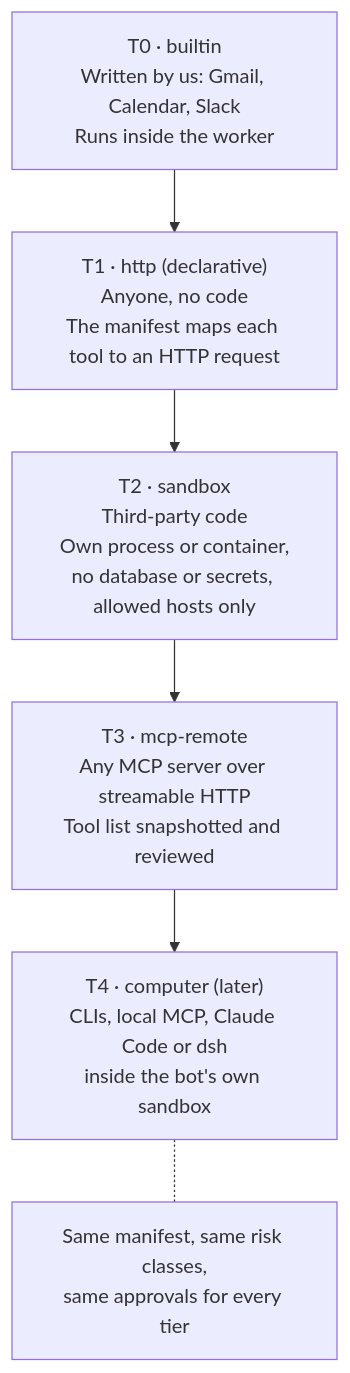
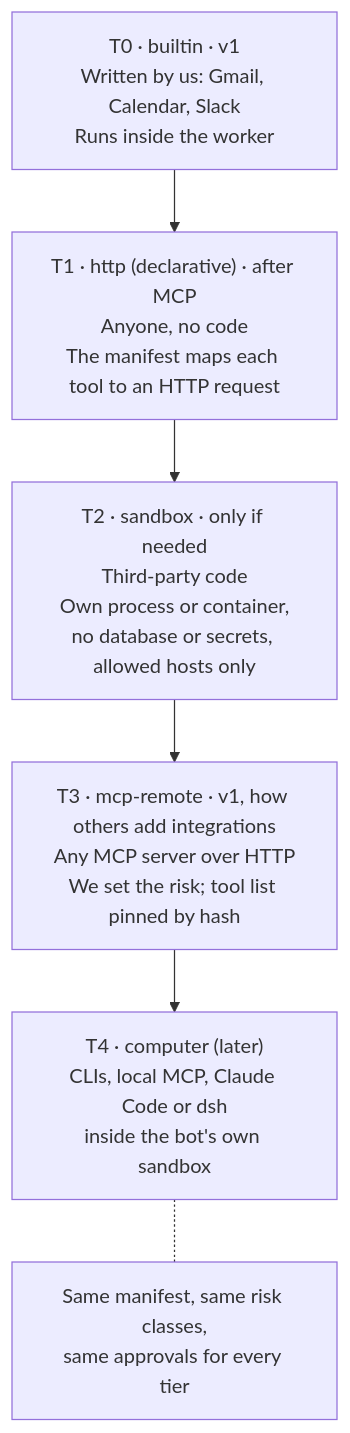
Before and after one commit to alihassan-coder/botdesk: the diagram in docs/architecture/diagrams/09-plugin-tiers.mmd, drawn with Mermaid. The commit also changed 26 other files, not shown here.

Commit message:
docs: architecture review, scaling design and open-source repo structure

```diff
--- a/docs/architecture/diagrams/09-plugin-tiers.mmd
+++ b/docs/architecture/diagrams/09-plugin-tiers.mmd
@@ -1,9 +1,9 @@
 flowchart TB
-  T0["T0 · builtin<br/>Written by us: Gmail, Calendar, Slack<br/>Runs inside the worker"]
-  T1["T1 · http (declarative)<br/>Anyone, no code<br/>The manifest maps each tool to an HTTP request"]
-  T2["T2 · sandbox<br/>Third-party code<br/>Own process or container,<br/>no database or secrets, allowed hosts only"]
-  T3["T3 · mcp-remote<br/>Any MCP server over streamable HTTP<br/>Tool list snapshotted and reviewed"]
+  T0["T0 · builtin · v1<br/>Written by us: Gmail, Calendar, Slack<br/>Runs inside the worker"]
+  T1["T1 · http (declarative) · after MCP<br/>Anyone, no code<br/>The manifest maps each tool to an HTTP request"]
+  T2["T2 · sandbox · only if needed<br/>Third-party code<br/>Own process or container,<br/>no database or secrets, allowed hosts only"]
+  T3["T3 · mcp-remote · v1, how others add integrations<br/>Any MCP server over HTTP<br/>We set the risk; tool list pinned by hash"]
   T4["T4 · computer (later)<br/>CLIs, local MCP, Claude Code or dsh<br/>inside the bot's own sandbox"]
   T0 --> T1 --> T2 --> T3 --> T4
   NOTE["Same manifest, same risk classes,<br/>same approvals for every tier"]
   T4 -.- NOTE
```
